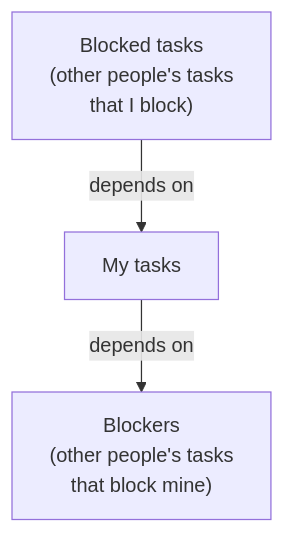
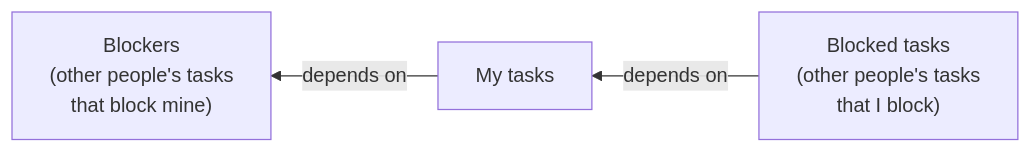
Before and after one commit to sellout/dagny-omnifocus-plugin: the second of 2 diagrams in docs/configuration.md, drawn with Mermaid. The commit also changed other lines of this file and 3 other files, not shown here.

````diff
--- a/docs/configuration.md
+++ b/docs/configuration.md
@@ -96,5 +96,5 @@
 ```mermaid
-graph TD
+graph RL
   A["My tasks"] -->|"depends on"| B["Blockers\n(other people's tasks\nthat block mine)"]
   C["Blocked tasks\n(other people's tasks\nthat I block)"] -->|"depends on"| A
 ```
````
